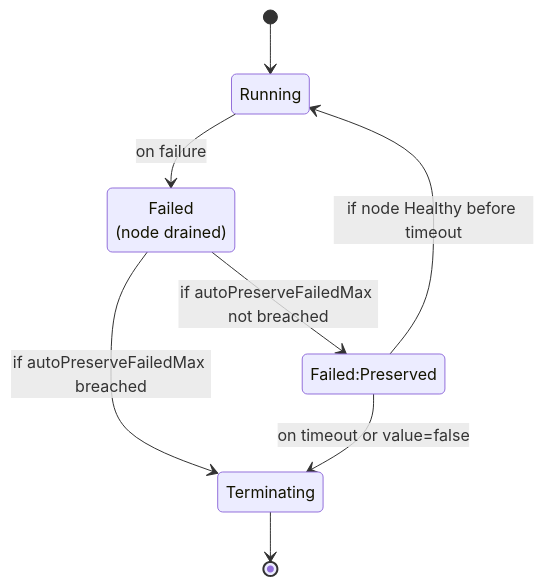
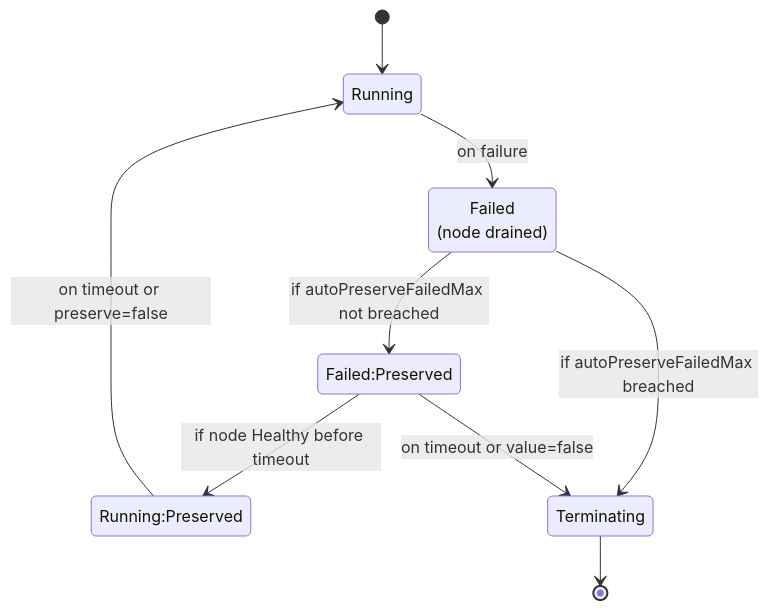
The second of 2 diagrams in docs/proposals/machine-preservation.md (gardener/machine-controller-manager), drawn with Mermaid before and after one commit. The commit also changed other lines of this file, not shown here.

Commit message:
Add transition from Failed:Preserved to Running:Preserved.

````diff
--- a/docs/proposals/machine-preservation.md
+++ b/docs/proposals/machine-preservation.md
@@ -97,16 +94,17 @@
-```mermaid
-stateDiagram-v2
-direction TBP
-    state "Running" as R
-    state "Failed
-    (node drained)" as F
-    state "Failed:Preserved" as FP
-    state "Terminating" as T
-    [*] --> R
-    R-->F: on failure
-    F --> FP: if autoPreserveFailedMax not breached
-    F --> T: if autoPreserveFailedMax breached
-    FP --> T: on timeout or value=false
-    FP --> R : if node Healthy before timeout
-    T --> [*]
-```
+    ```mermaid
+    stateDiagram-v2
+        state "Running" as R
+        state "Running:Preserved" as RP
+        state "Failed
+        (node drained)" as F
+        state "Failed:Preserved" as FP
+        state "Terminating" as T
+        [*] --> R
+        R-->F: on failure
+        F --> FP: if autoPreserveFailedMax not breached
+        F --> T: if autoPreserveFailedMax breached
+        FP --> T: on timeout or value=false
+        FP --> RP : if node Healthy before timeout
+        RP --> R: on timeout or preserve=false
+        T --> [*]
+    ```
````
